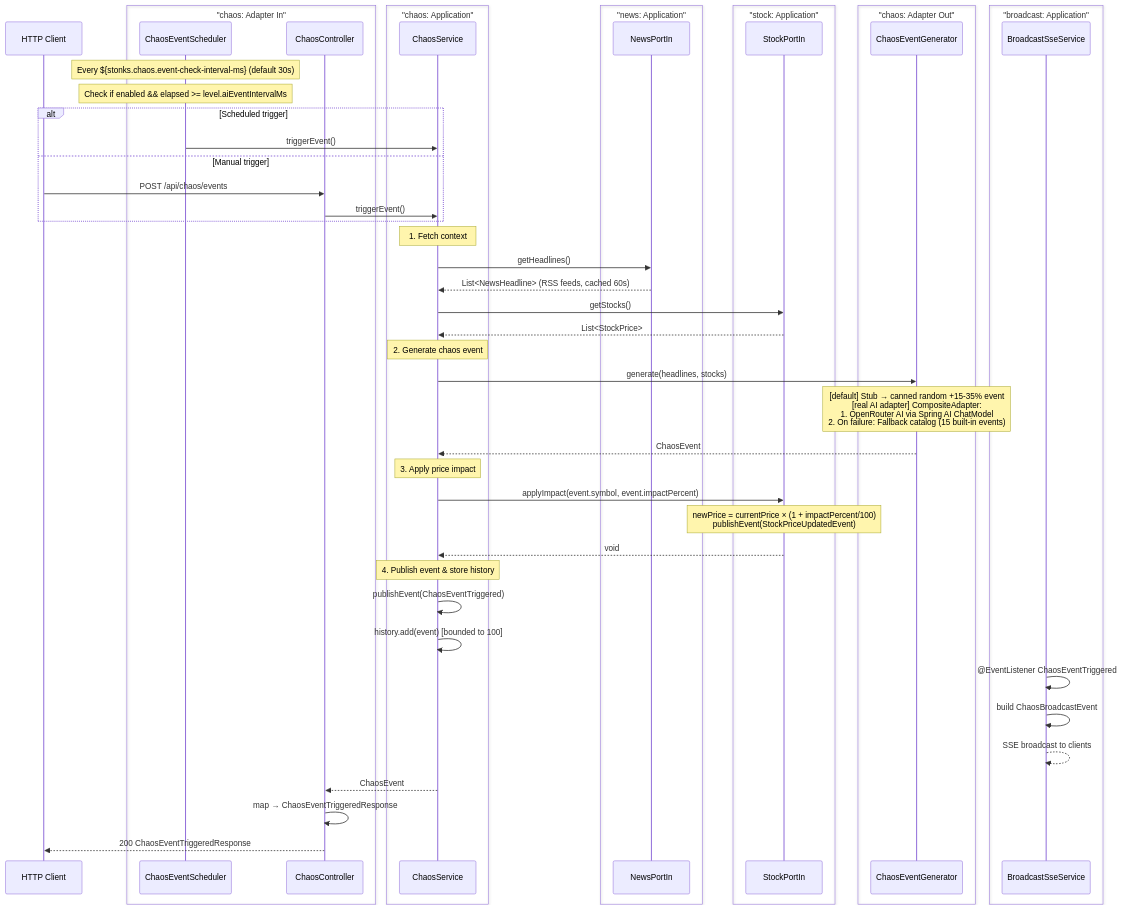
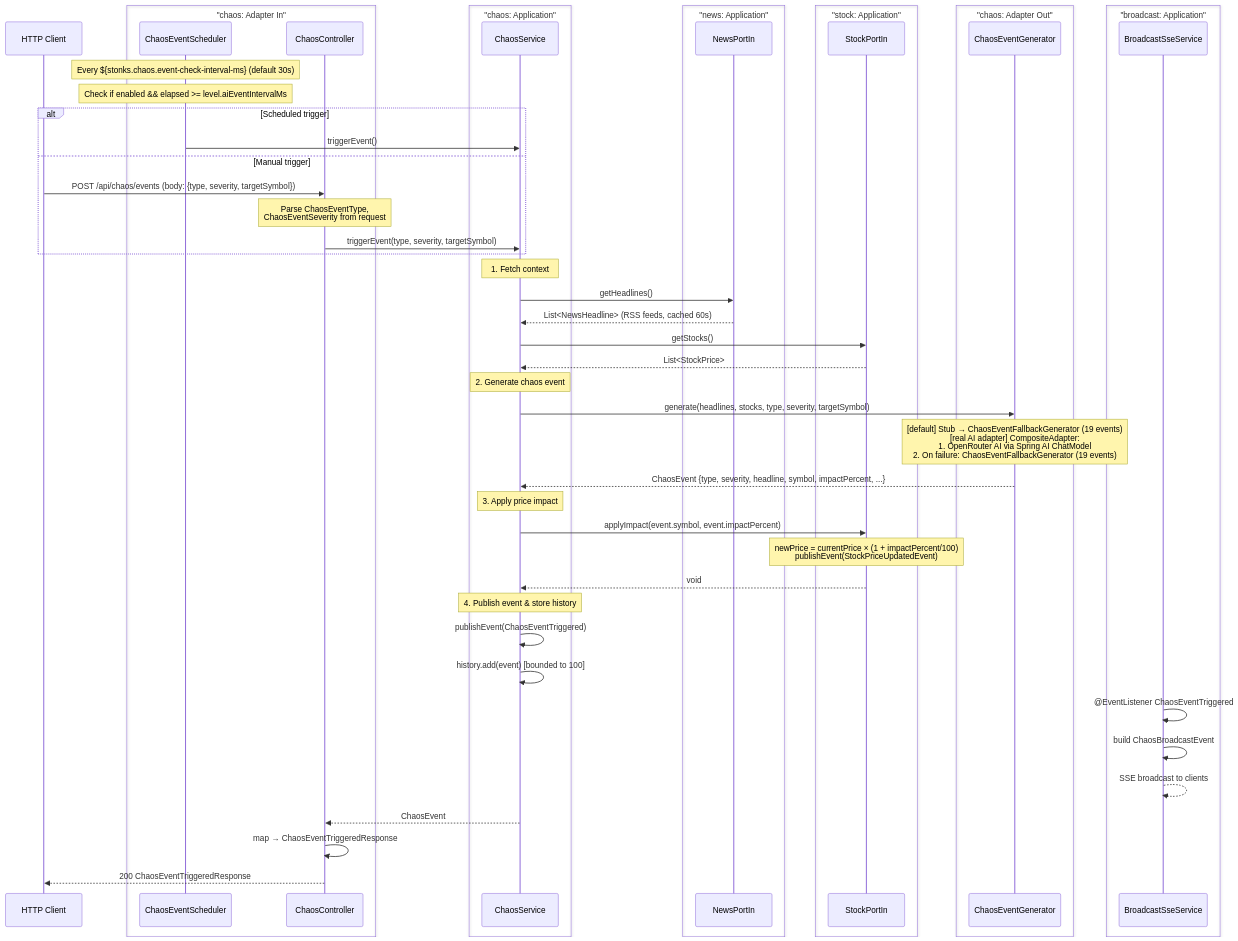
Diagram 16 of 22 in stonks_java/README.md (franBec/stonks-simulator), drawn with Mermaid before and after one commit. The commit also changed other lines of this file, not shown here.

First line of the commit message:
docs: sync E2E flow diagrams with chaos event API changes

````diff
--- a/stonks_java/README.md
+++ b/stonks_java/README.md
@@ -806,59 +808,60 @@
 ```mermaid
 sequenceDiagram
     participant Client as HTTP Client
     box "chaos: Adapter In"
     participant CES as ChaosEventScheduler
     participant CC as ChaosController
     end
     box "chaos: Application"
     participant CS as ChaosService
     end
     box "news: Application"
     participant NI as NewsPortIn
     end
     box "stock: Application"
     participant SI as StockPortIn
     end
     box "chaos: Adapter Out"
     participant CEG as ChaosEventGenerator
     end
     box "broadcast: Application"
     participant BSS as BroadcastSseService
     end
 
     Note over CES: Every ${stonks.chaos.event-check-interval-ms} (default 30s)
     Note over CES: Check if enabled && elapsed >= level.aiEventIntervalMs
 
     alt Scheduled trigger
         CES->>CS: triggerEvent()
     else Manual trigger
-        Client->>CC: POST /api/chaos/events
-        CC->>CS: triggerEvent()
+        Client->>CC: POST /api/chaos/events (body: {type, severity, targetSymbol})
+        Note over CC: Parse ChaosEventType, <br/>ChaosEventSeverity from request
+        CC->>CS: triggerEvent(type, severity, targetSymbol)
     end
 
     Note over CS: 1. Fetch context
     CS->>NI: getHeadlines()
     NI-->>CS: List<NewsHeadline> (RSS feeds, cached 60s)
     CS->>SI: getStocks()
     SI-->>CS: List<StockPrice>
 
     Note over CS: 2. Generate chaos event
-    CS->>CEG: generate(headlines, stocks)
-    Note over CEG: [default] Stub → canned random +15-35% event<br/>[real AI adapter] CompositeAdapter:<br/>  1. OpenRouter AI via Spring AI ChatModel<br/>  2. On failure: Fallback catalog (15 built-in events)
-    CEG-->>CS: ChaosEvent
+    CS->>CEG: generate(headlines, stocks, type, severity, targetSymbol)
+    Note over CEG: [default] Stub → ChaosEventFallbackGenerator (19 events)<br/>[real AI adapter] CompositeAdapter:<br/>  1. OpenRouter AI via Spring AI ChatModel<br/>  2. On failure: ChaosEventFallbackGenerator (19 events)
+    CEG-->>CS: ChaosEvent {type, severity, headline, symbol, impactPercent, ...}
 
     Note over CS: 3. Apply price impact
     CS->>SI: applyImpact(event.symbol, event.impactPercent)
     Note over SI: newPrice = currentPrice × (1 + impactPercent/100)<br/>publishEvent(StockPriceUpdatedEvent)
     SI-->>CS: void
 
     Note over CS: 4. Publish event & store history
     CS->>CS: publishEvent(ChaosEventTriggered)
     CS->>CS: history.add(event) [bounded to 100]
     BSS->>BSS: @EventListener ChaosEventTriggered
     BSS->>BSS: build ChaosBroadcastEvent
     BSS-->>BSS: SSE broadcast to clients
     CS-->>CC: ChaosEvent
     CC->>CC: map → ChaosEventTriggeredResponse
     CC-->>Client: 200 ChaosEventTriggeredResponse
 ```
````
